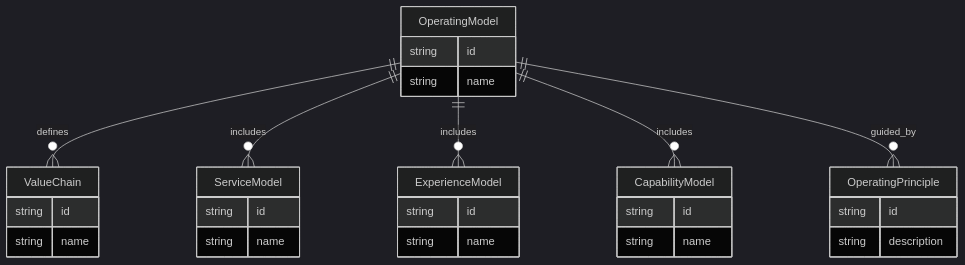
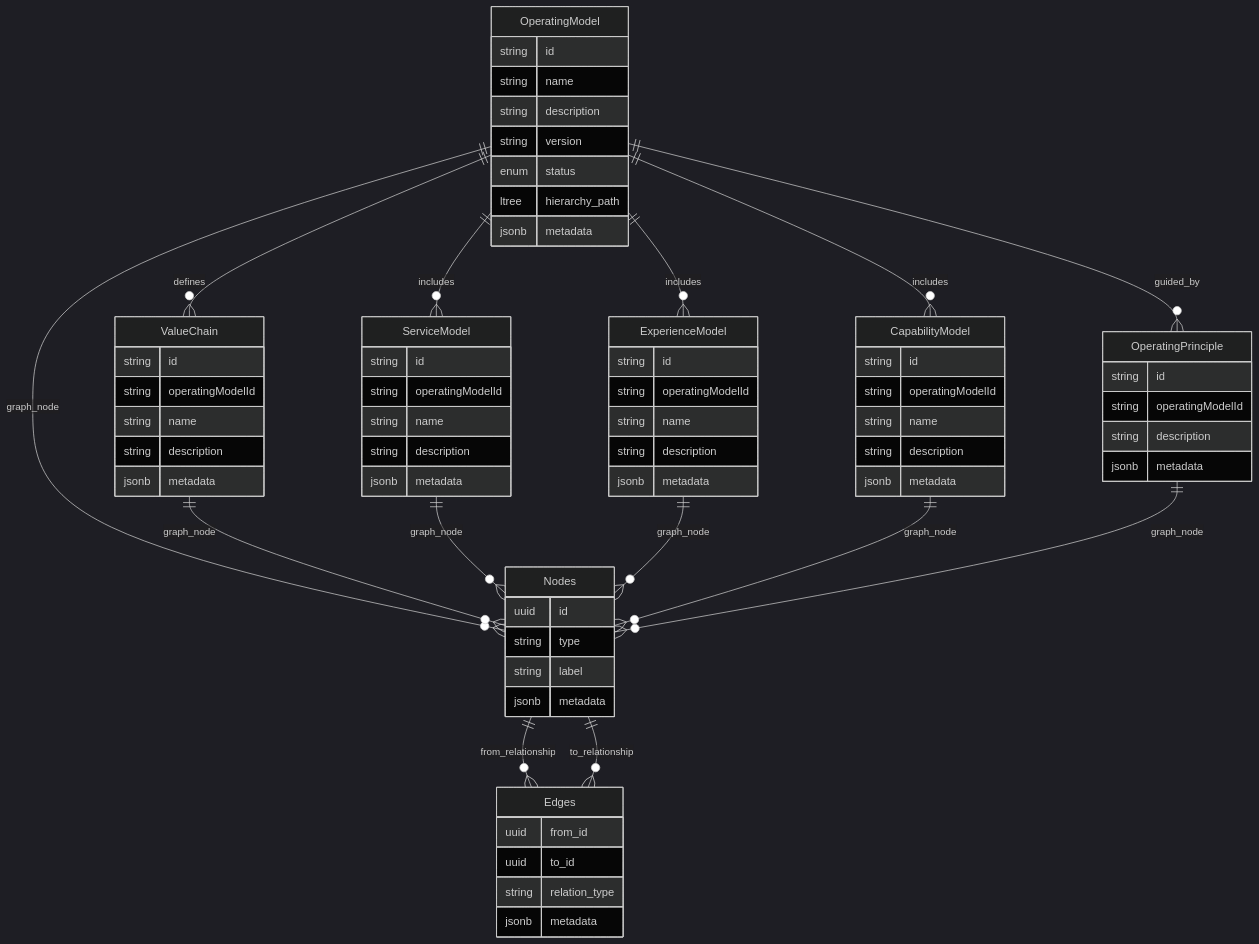
Before and after one commit to Duds/capopt_platform: the third of 10 diagrams in docs/design/solution-architecture-design.md, drawn with Mermaid (dark theme). The commit also changed other lines of this file and 30 other files, not shown here.

First line of the commit message:
feat: implement graph relational architecture and enhance testing infrastructure

````diff
--- a/docs/design/solution-architecture-design.md
+++ b/docs/design/solution-architecture-design.md
@@ -200,32 +427,71 @@
 ```mermaid
 erDiagram
     OperatingModel {
         string id
         string name
+        string description
+        string version
+        enum status
+        ltree hierarchy_path
+        jsonb metadata
     }
     ValueChain {
         string id
+        string operatingModelId
         string name
+        string description
+        jsonb metadata
     }
     ServiceModel {
         string id
+        string operatingModelId
         string name
+        string description
+        jsonb metadata
     }
     ExperienceModel {
         string id
+        string operatingModelId
         string name
+        string description
+        jsonb metadata
     }
     CapabilityModel {
         string id
+        string operatingModelId
         string name
+        string description
+        jsonb metadata
     }
     OperatingPrinciple {
         string id
+        string operatingModelId
         string description
+        jsonb metadata
+    }
+    Nodes {
+        uuid id
+        string type
+        string label
+        jsonb metadata
+    }
+    Edges {
+        uuid from_id
+        uuid to_id
+        string relation_type
+        jsonb metadata
     }
     OperatingModel ||--o{ ValueChain : defines
     OperatingModel ||--o{ ServiceModel : includes
     OperatingModel ||--o{ ExperienceModel : includes
     OperatingModel ||--o{ CapabilityModel : includes
     OperatingModel ||--o{ OperatingPrinciple : guided_by
+    OperatingModel ||--o{ Nodes : graph_node
+    ValueChain ||--o{ Nodes : graph_node
+    ServiceModel ||--o{ Nodes : graph_node
+    ExperienceModel ||--o{ Nodes : graph_node
+    CapabilityModel ||--o{ Nodes : graph_node
+    OperatingPrinciple ||--o{ Nodes : graph_node
+    Nodes ||--o{ Edges : from_relationship
+    Nodes ||--o{ Edges : to_relationship
 ```
````
